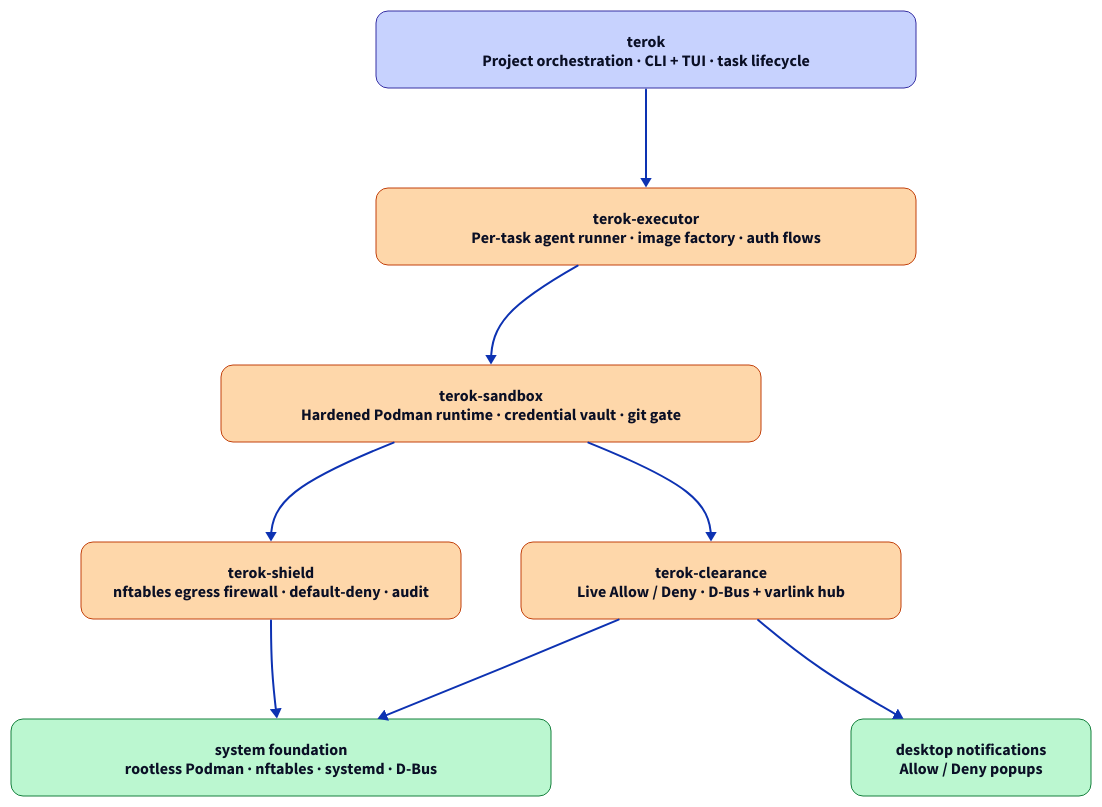
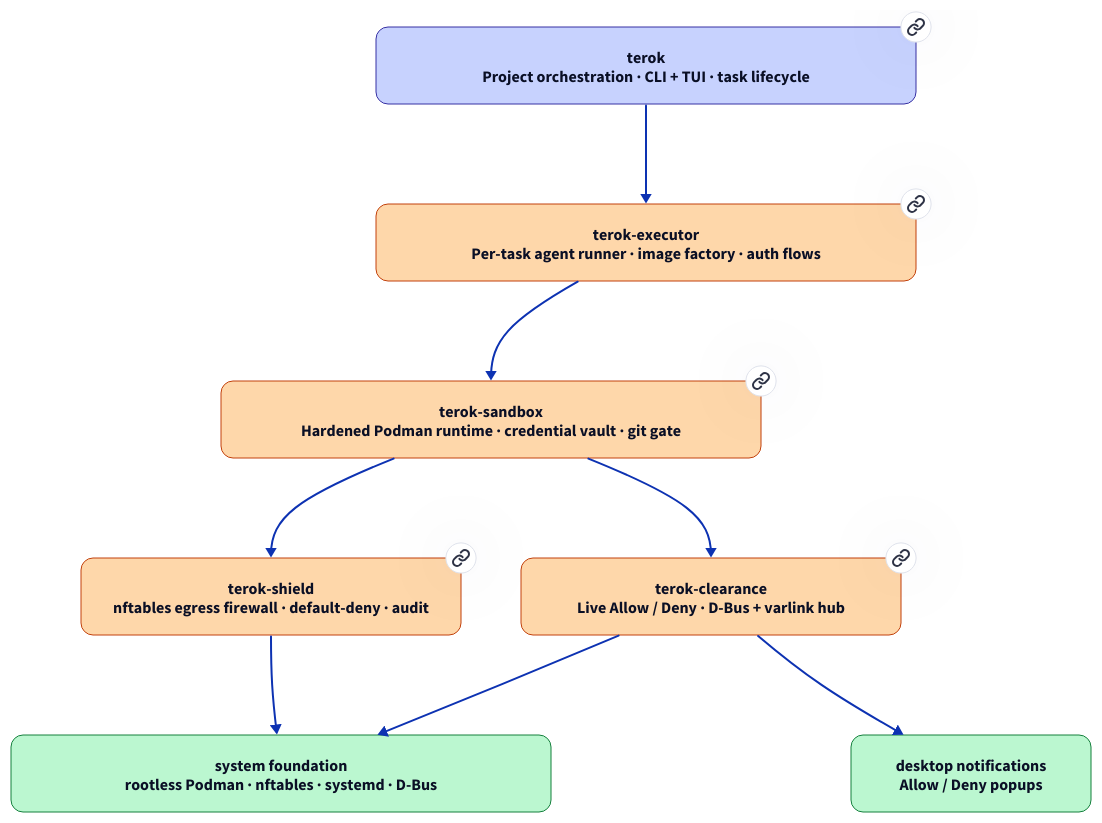
Before and after one commit to terok-ai/terok-dbus: the diagram in docs/img/architecture.d2, drawn with D2. The commit also changed 1 other file, not shown here.

Commit message:
docs: diagram — package boxes are now clickable links to their repos
Add `link:` attributes to each package shape in `architecture.d2`
so the rendered SVG carries `<a xlink:href>` wrappers around
terok / terok-executor / terok-sandbox / terok-shield /
terok-clearance.  GitHub renders the embedded SVG via `<img>` so
the links are not clickable in the README itself, but they work
wherever the SVG is embedded inline (the slide deck, mkdocs
configurations that drop `<img>`, hand-rolled HTML).

```diff
--- a/docs/img/architecture.d2
+++ b/docs/img/architecture.d2
@@ -1,108 +1,113 @@
 # Render with:
 #   d2 --layout=elk --elk-nodeNodeBetweenLayers=8 \
 #      --elk-padding='[top=4,left=4,bottom=4,right=4]' \
 #      --theme=0 --dark-theme=200 --pad=8 \
 #      architecture.d2 architecture.svg
 # Then run postprocess.py to (a) drop the page-background white
 # rect (the matching rect inside <mask> must stay or the connection
 # arrows disappear), (b) un-bold every tspan after the first one
 # in each shape label so only the package name stays bold, (c) tighten
 # the vertical padding inside every coloured rect, and (d) inject a
 # `prefers-color-scheme: dark` block flipping the explicit layer
 # fills + strokes to readable shades on a dark page background.
 
 vars: {
   d2-config: {
     pad: 8
   }
 }
 
 # Transparent root so the SVG inherits the host page's
 # light/dark background; theme-aware fills handle the rest.
 style.fill: transparent
 
 direction: down
 
 # Three colour groups read at a glance:
 #   * orchestration (navy blue) — the surface the operator drives
 #   * agent runtime stack (deep orange) — everything that runs and
 #                                          bounds an agent task
 #   * operator + system surface (dark green) — the user-visible side
 #                                              channel and the OS
 #                                              foundation we sit on
 classes: {
   orchestration: {
     style: {
       fill: "#c7d2fe"
       stroke: "#3730a3"
       stroke-width: 1
       border-radius: 12
     }
   }
   runtime: {
     style: {
       fill: "#fed7aa"
       stroke: "#c2410c"
       stroke-width: 1
       border-radius: 12
     }
   }
   system: {
     style: {
       fill: "#bbf7d0"
       stroke: "#15803d"
       stroke-width: 1
       border-radius: 12
     }
   }
 }
 
 terok: "terok\nProject orchestration · CLI + TUI · task lifecycle" {
   width: 540
   class: orchestration
+  link: https://github.com/terok-ai/terok
 }
 
 notifications: "desktop notifications\nAllow / Deny popups" {
   width: 240
   class: system
 }
 
 executor: "terok-executor\nPer-task agent runner · image factory · auth flows" {
   width: 540
   class: runtime
+  link: https://github.com/terok-ai/terok-executor
 }
 
 sandbox: "terok-sandbox\nHardened Podman runtime · credential vault · git gate" {
   width: 540
   class: runtime
+  link: https://github.com/terok-ai/terok-sandbox
 }
 
 shield: "terok-shield\nnftables egress firewall · default-deny · audit" {
   width: 380
   class: runtime
+  link: https://github.com/terok-ai/terok-shield
 }
 
 clearance: "terok-clearance\nLive Allow / Deny · D-Bus + varlink hub" {
   width: 380
   class: runtime
+  link: https://github.com/terok-ai/terok-clearance
 }
 
 system: "system foundation\nrootless Podman · nftables · systemd · D-Bus" {
   width: 540
   class: system
 }
 
 # Layout-only invisible edge keeps notifications at the same top
 # rank as terok.  The visible arrow that follows is the real
 # clearance → notifications relationship.
 notifications -> executor: "" {
   style.opacity: 0.0
 }
 
 terok -> executor
 executor -> sandbox
 sandbox -> shield
 sandbox -> clearance
 shield -> system
 clearance -> system
 clearance -> notifications
```
